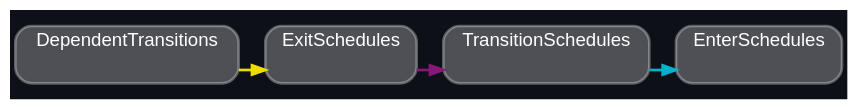
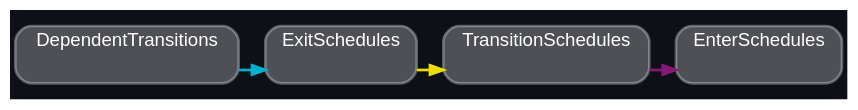
One commit to jakobhellermann/bevy_mod_debugdump changed the diagram in docs/schedule/dark/schedule_StateTransition.dot. Above: the diagram before and after it, drawn with Graphviz. The commit also changed 72 other files, not shown here.

```diff
--- a/docs/schedule/dark/schedule_StateTransition.dot
+++ b/docs/schedule/dark/schedule_StateTransition.dot
@@ -1,57 +1,57 @@
 digraph "" {
 	"compound"="true";
 	"splines"="spline";
 	"rankdir"="LR";
 	"bgcolor"="#0d1117";
 	"fontname"="Helvetica";
 	"nodesep"="0.15";
 	edge ["penwidth"="2"];
 	node ["shape"="box", "style"="filled"];
 	subgraph "clusternode_Set(0)" {
 		"style"="rounded,filled";
 		"label"="DependentTransitions";
 		"tooltip"="DependentTransitions";
 		"fillcolor"="#ffffff44";
 		"fontcolor"="#ffffff";
 		"color"="#ffffff50";
 		"penwidth"="2";
 		"set_marker_node_Set(0)" ["style"="invis", "label"="", "shape"="point"]
 	}
 	
 	subgraph "clusternode_Set(1)" {
 		"style"="rounded,filled";
 		"label"="ExitSchedules";
 		"tooltip"="ExitSchedules";
 		"fillcolor"="#ffffff44";
 		"fontcolor"="#ffffff";
 		"color"="#ffffff50";
 		"penwidth"="2";
 		"set_marker_node_Set(1)" ["style"="invis", "label"="", "shape"="point"]
 	}
 	
 	subgraph "clusternode_Set(2)" {
 		"style"="rounded,filled";
 		"label"="TransitionSchedules";
 		"tooltip"="TransitionSchedules";
 		"fillcolor"="#ffffff44";
 		"fontcolor"="#ffffff";
 		"color"="#ffffff50";
 		"penwidth"="2";
 		"set_marker_node_Set(2)" ["style"="invis", "label"="", "shape"="point"]
 	}
 	
 	subgraph "clusternode_Set(3)" {
 		"style"="rounded,filled";
 		"label"="EnterSchedules";
 		"tooltip"="EnterSchedules";
 		"fillcolor"="#ffffff44";
 		"fontcolor"="#ffffff";
 		"color"="#ffffff50";
 		"penwidth"="2";
 		"set_marker_node_Set(3)" ["style"="invis", "label"="", "shape"="point"]
 	}
 	
-	"set_marker_node_Set(0)" -> "set_marker_node_Set(1)" ["lhead"="clusternode_Set(1)", "ltail"="clusternode_Set(0)", "tooltip"="DependentTransitions → ExitSchedules", "color"="#eede00"]
-	"set_marker_node_Set(1)" -> "set_marker_node_Set(2)" ["lhead"="clusternode_Set(2)", "ltail"="clusternode_Set(1)", "tooltip"="ExitSchedules → TransitionSchedules", "color"="#881877"]
-	"set_marker_node_Set(2)" -> "set_marker_node_Set(3)" ["lhead"="clusternode_Set(3)", "ltail"="clusternode_Set(2)", "tooltip"="TransitionSchedules → EnterSchedules", "color"="#00b0cc"]
+	"set_marker_node_Set(1)" -> "set_marker_node_Set(2)" ["lhead"="clusternode_Set(2)", "ltail"="clusternode_Set(1)", "tooltip"="ExitSchedules → TransitionSchedules", "color"="#eede00"]
+	"set_marker_node_Set(2)" -> "set_marker_node_Set(3)" ["lhead"="clusternode_Set(3)", "ltail"="clusternode_Set(2)", "tooltip"="TransitionSchedules → EnterSchedules", "color"="#881877"]
+	"set_marker_node_Set(0)" -> "set_marker_node_Set(1)" ["lhead"="clusternode_Set(1)", "ltail"="clusternode_Set(0)", "tooltip"="DependentTransitions → ExitSchedules", "color"="#00b0cc"]
 }
```
